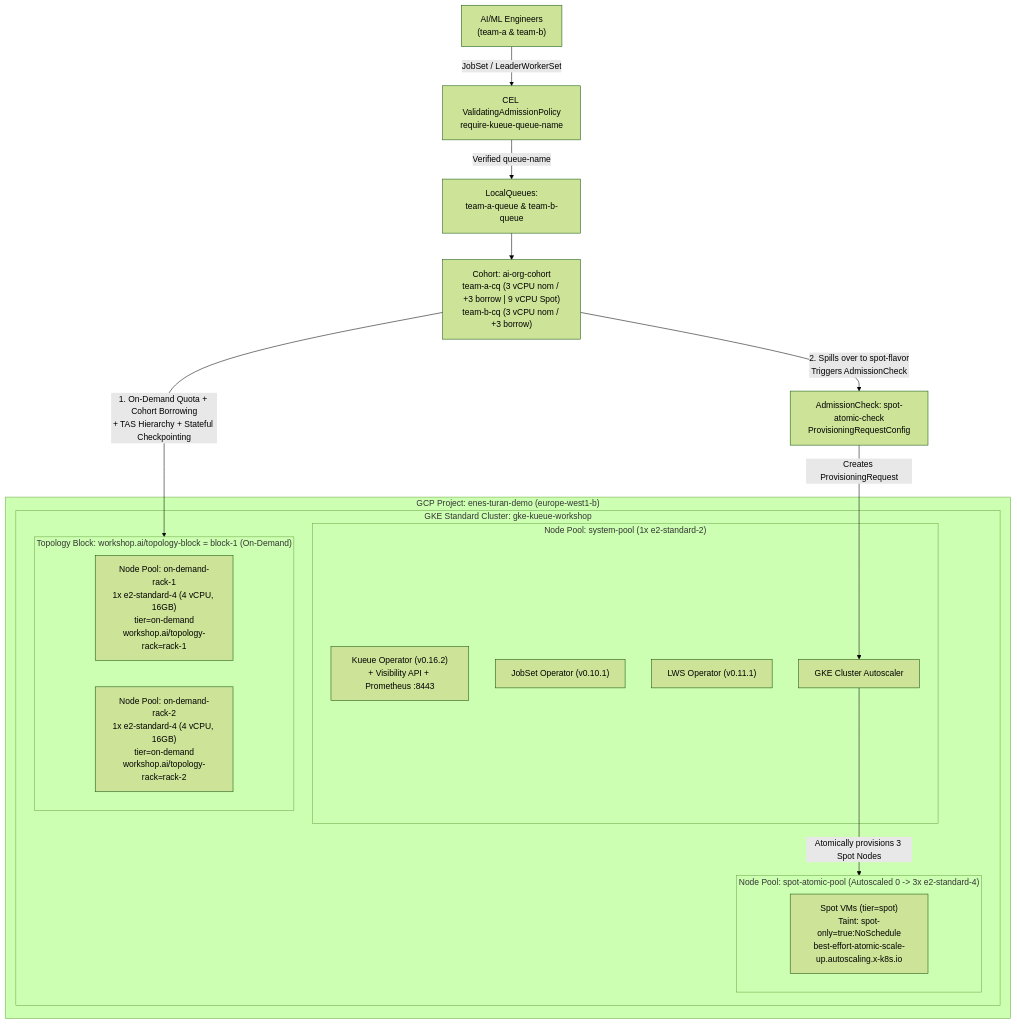
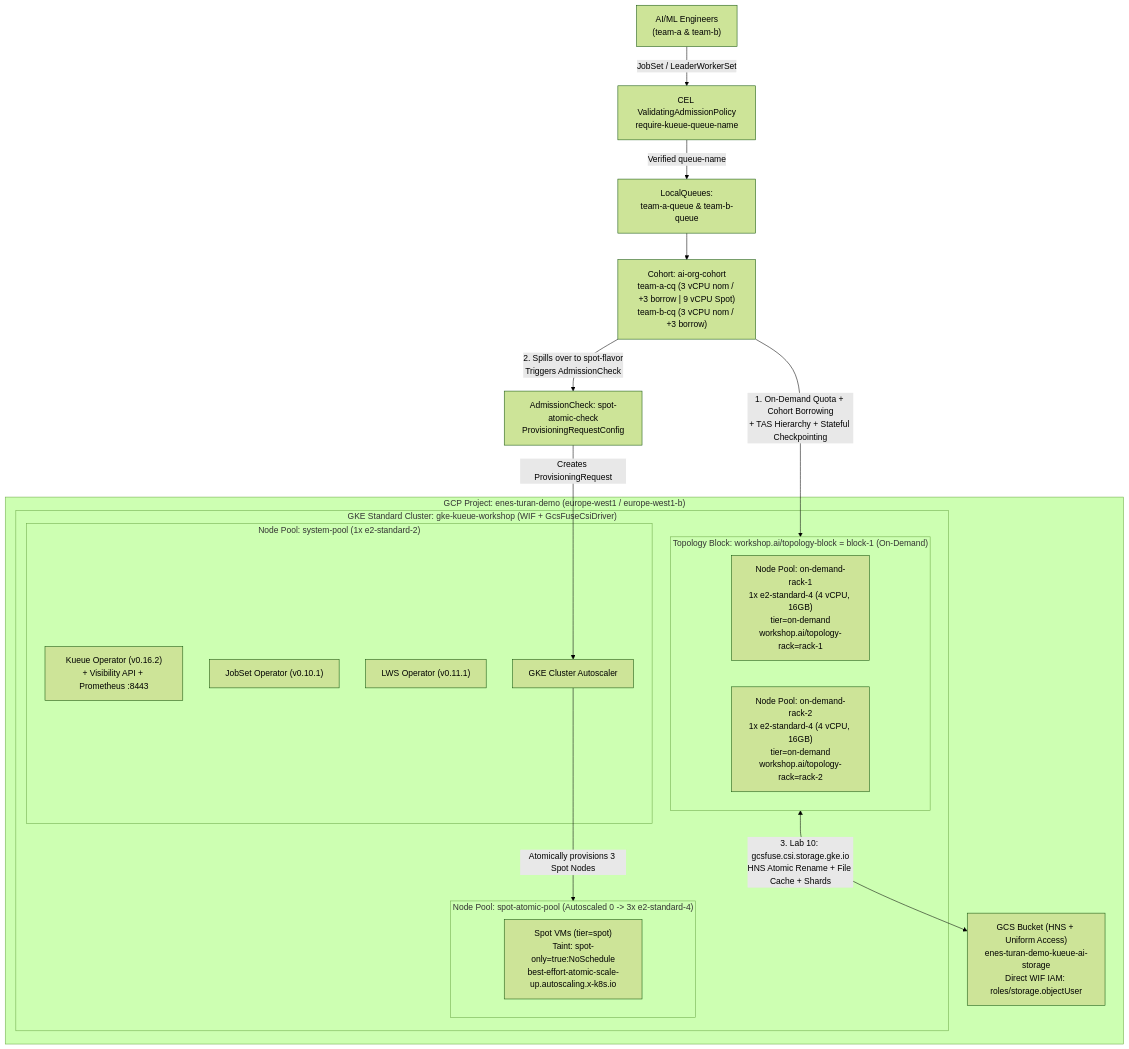
The diagram in README.md (devenes/gke-kueue-ai-workshop), drawn with Mermaid (forest theme) before and after one commit. The commit also changed other lines of this file and 15 other files, not shown here.

Commit message:
feat(lab10): add Cloud Storage FUSE CSI, HNS, per-Pod file cache & distributed checkpointing lab with live GKE benchmark results

````diff
--- a/README.md
+++ b/README.md
@@ -98,30 +100,32 @@
 ```mermaid
 flowchart TB
-    subgraph GCP["GCP Project: enes-turan-demo (europe-west1-b)"]
-        subgraph GKE["GKE Standard Cluster: gke-kueue-workshop"]
+    subgraph GCP["GCP Project: enes-turan-demo (europe-west1 / europe-west1-b)"]
+        GCS["GCS Bucket (HNS + Uniform Access)\nenes-turan-demo-kueue-ai-storage\nDirect WIF IAM: roles/storage.objectUser"]
+        subgraph GKE["GKE Standard Cluster: gke-kueue-workshop (WIF + GcsFuseCsiDriver)"]
             subgraph SYS["Node Pool: system-pool (1x e2-standard-2)"]
                 KUEUE["Kueue Operator (v0.16.2)\n+ Visibility API + Prometheus :8443"]
                 JOBSET["JobSet Operator (v0.10.1)"]
                 LWS["LWS Operator (v0.11.1)"]
                 CA["GKE Cluster Autoscaler"]
             end
 
             subgraph BLOCK1["Topology Block: workshop.ai/topology-block = block-1 (On-Demand)"]
                 RACK1["Node Pool: on-demand-rack-1\n1x e2-standard-4 (4 vCPU, 16GB)\ntier=on-demand\nworkshop.ai/topology-rack=rack-1"]
                 RACK2["Node Pool: on-demand-rack-2\n1x e2-standard-4 (4 vCPU, 16GB)\ntier=on-demand\nworkshop.ai/topology-rack=rack-2"]
             end
 
             subgraph SPOT["Node Pool: spot-atomic-pool (Autoscaled 0 -> 3x e2-standard-4)"]
                 SPOTNODES["Spot VMs (tier=spot)\nTaint: spot-only=true:NoSchedule\nbest-effort-atomic-scale-up.autoscaling.x-k8s.io"]
             end
         end
     end
 
     USER["AI/ML Engineers\n(team-a & team-b)"] -->|"JobSet / LeaderWorkerSet"| CEL["CEL ValidatingAdmissionPolicy\nrequire-kueue-queue-name"]
     CEL -->|"Verified queue-name"| LQ["LocalQueues:\nteam-a-queue & team-b-queue"]
     LQ --> CQ["Cohort: ai-org-cohort\nteam-a-cq (3 vCPU nom / +3 borrow | 9 vCPU Spot)\nteam-b-cq (3 vCPU nom / +3 borrow)"]
     CQ -->|"1. On-Demand Quota + Cohort Borrowing\n+ TAS Hierarchy + Stateful Checkpointing"| BLOCK1
     CQ -->|"2. Spills over to spot-flavor\nTriggers AdmissionCheck"| AC["AdmissionCheck: spot-atomic-check\nProvisioningRequestConfig"]
     AC -->|"Creates ProvisioningRequest"| CA
     CA -->|"Atomically provisions 3 Spot Nodes"| SPOT
+    BLOCK1 <-->|"3. Lab 10: gcsfuse.csi.storage.gke.io\nHNS Atomic Rename + File Cache + Shards"| GCS
 ```
````
